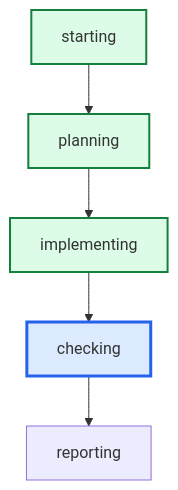
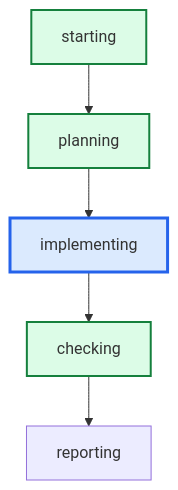
The diagram in runs/issue137-earth-continent-map/graph.mmd (daniell0gda/hermes-feature-check-dashboard), drawn with Mermaid before and after one commit. The commit also changed 29 other files, not shown here.

```diff
--- a/runs/issue137-earth-continent-map/graph.mmd
+++ b/runs/issue137-earth-continent-map/graph.mmd
@@ -1,13 +1,13 @@
 graph TD
     starting --> planning
     planning --> implementing
     implementing --> checking
     checking --> reporting
 
 classDef done fill:#dcfce7,stroke:#15803d,stroke-width:2px;
 classDef active fill:#dbeafe,stroke:#2563eb,stroke-width:3px;
 classDef failed fill:#fee2e2,stroke:#b42318,stroke-width:2px;
 class planning done;
-class checking active;
-class implementing done;
+class checking done;
+class implementing active;
 class starting done;
```
